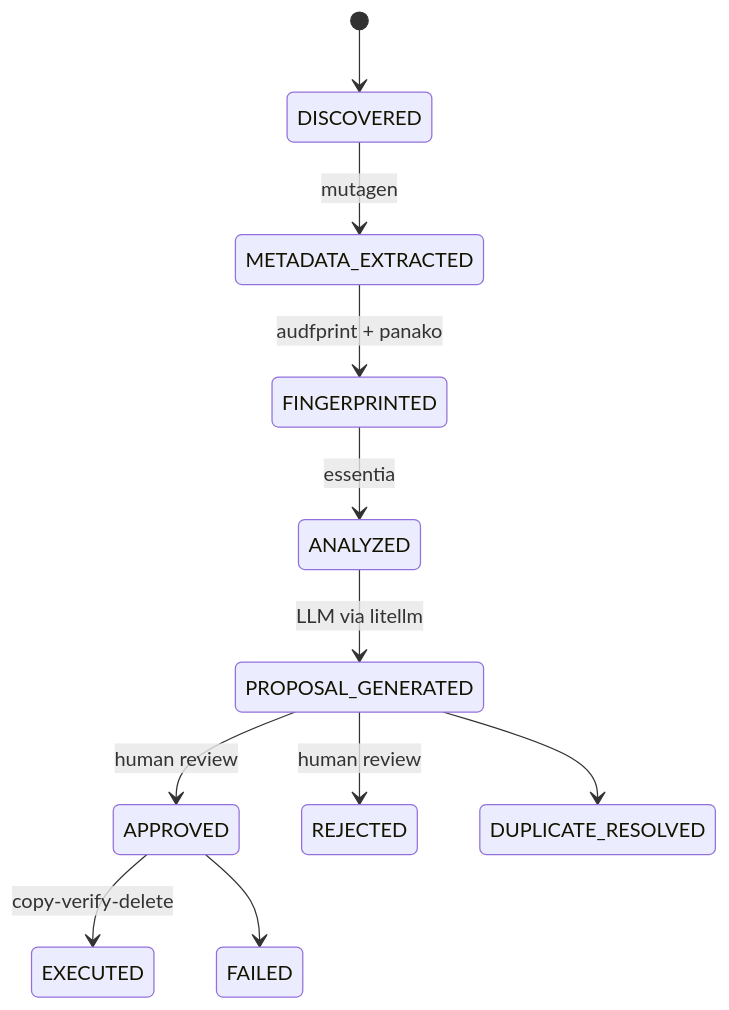
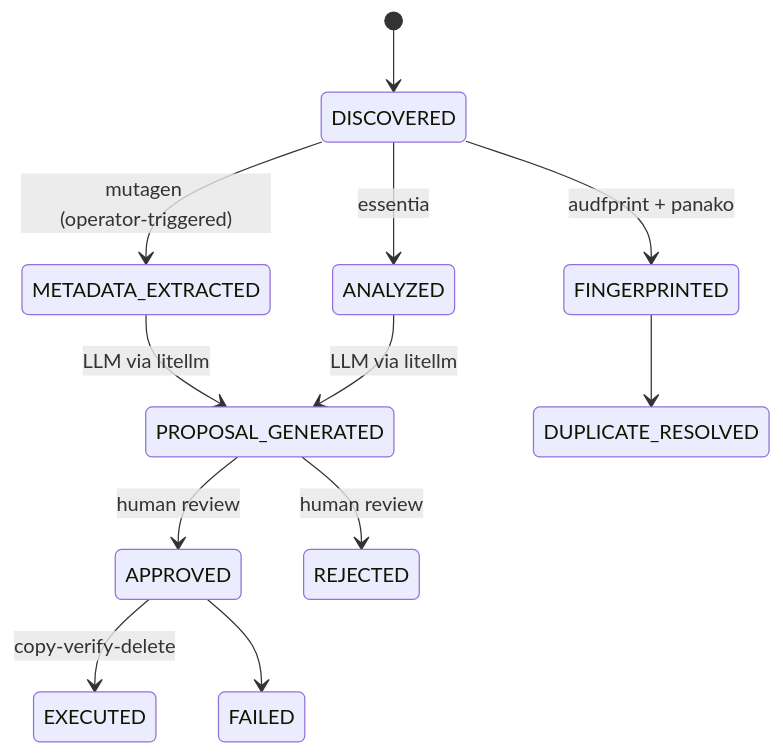
Before and after one commit to SimplicityGuy/phaze: the second of 2 diagrams in README.md, drawn with Mermaid. The commit also changed other lines of this file and 84 other files, not shown here.

````diff
--- a/README.md
+++ b/README.md
@@ -94,13 +99,14 @@
 ```mermaid
 stateDiagram-v2
     [*] --> DISCOVERED
-    DISCOVERED --> METADATA_EXTRACTED : mutagen
-    METADATA_EXTRACTED --> FINGERPRINTED : audfprint + panako
-    FINGERPRINTED --> ANALYZED : essentia
+    DISCOVERED --> METADATA_EXTRACTED : mutagen (operator‑triggered)
+    DISCOVERED --> FINGERPRINTED : audfprint + panako
+    DISCOVERED --> ANALYZED : essentia
+    METADATA_EXTRACTED --> PROPOSAL_GENERATED : LLM via litellm
     ANALYZED --> PROPOSAL_GENERATED : LLM via litellm
+    FINGERPRINTED --> DUPLICATE_RESOLVED
     PROPOSAL_GENERATED --> APPROVED : human review
     PROPOSAL_GENERATED --> REJECTED : human review
     APPROVED --> EXECUTED : copy‑verify‑delete
     APPROVED --> FAILED
-    PROPOSAL_GENERATED --> DUPLICATE_RESOLVED
 ```
````
